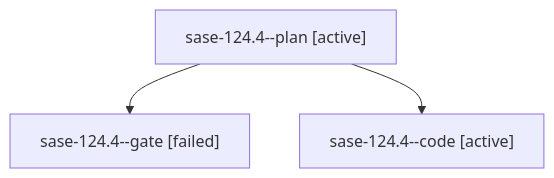
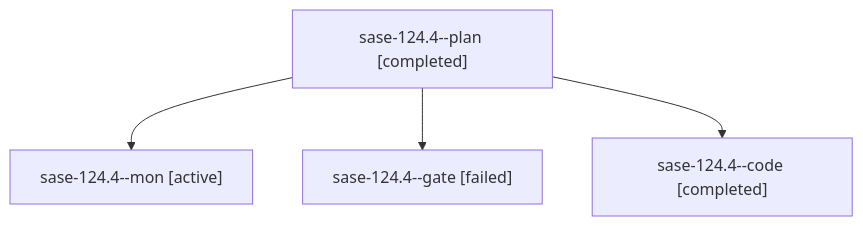
The diagram in families/bbugyi200.athena.sase-124.4.md (sase-org/sase--agents), drawn with Mermaid before and after one commit. The commit also changed other lines of this file and 39 other files, not shown here.

````diff
--- a/families/bbugyi200.athena.sase-124.4.md
+++ b/families/bbugyi200.athena.sase-124.4.md
@@ -9,8 +9,10 @@
 ```mermaid
 flowchart TD
-  n0["sase-124.4--plan [active]"]
-  n1["sase-124.4--gate [failed]"]
+  n0["sase-124.4--plan [completed]"]
+  n1["sase-124.4--mon [active]"]
   n0 --> n1
-  n2["sase-124.4--code [active]"]
+  n2["sase-124.4--gate [failed]"]
   n0 --> n2
+  n3["sase-124.4--code [completed]"]
+  n0 --> n3
 ```
````
